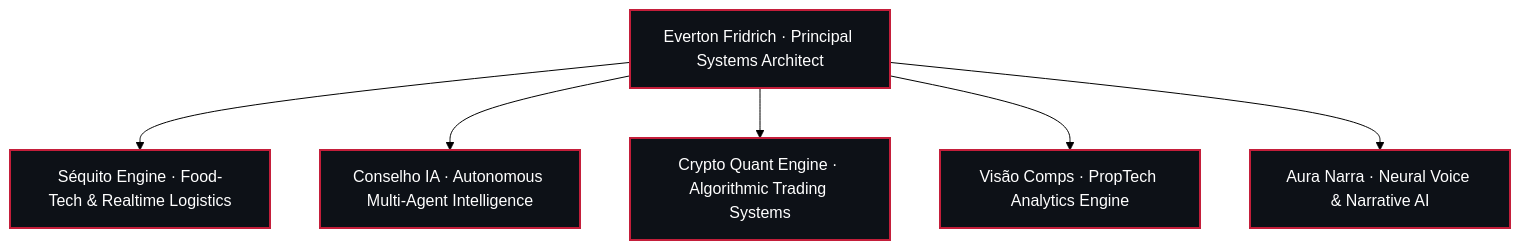
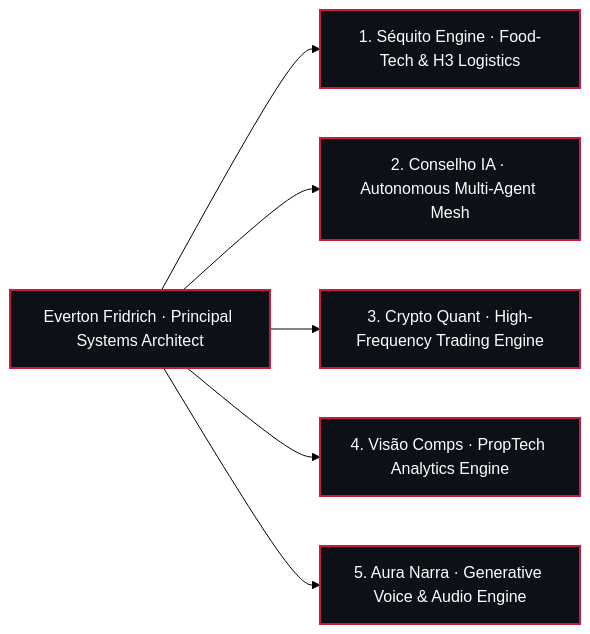
The first of 6 diagrams in README.md (evertonfridrich-ops/evertonfridrich-ops), drawn with Mermaid (forest theme) before and after one commit. The commit also changed other lines of this file, not shown here.

Commit message:
feat(architecture): add interactive expandable deep dives with C4 topologies for all systems

````diff
--- a/README.md
+++ b/README.md
@@ -27,13 +27,12 @@
 ```mermaid
-graph TD
+graph LR
     Architect[Everton Fridrich · Principal Systems Architect]
-    
-    Architect --> S1[Séquito Engine · Food-Tech & Realtime Logistics]
-    Architect --> S2[Conselho IA · Autonomous Multi-Agent Intelligence]
-    Architect --> S3[Crypto Quant Engine · Algorithmic Trading Systems]
-    Architect --> S4[Visão Comps · PropTech Analytics Engine]
-    Architect --> S5[Aura Narra · Neural Voice & Narrative AI]
+    Architect --> S1[1. Séquito Engine · Food-Tech & H3 Logistics]
+    Architect --> S2[2. Conselho IA · Autonomous Multi-Agent Mesh]
+    Architect --> S3[3. Crypto Quant · High-Frequency Trading Engine]
+    Architect --> S4[4. Visão Comps · PropTech Analytics Engine]
+    Architect --> S5[5. Aura Narra · Generative Voice & Audio Engine]
 
     classDef core fill:#0D1117,stroke:#C41E3A,stroke-width:2px,color:#fff;
     class Architect,S1,S2,S3,S4,S5 core;
 ```
````
